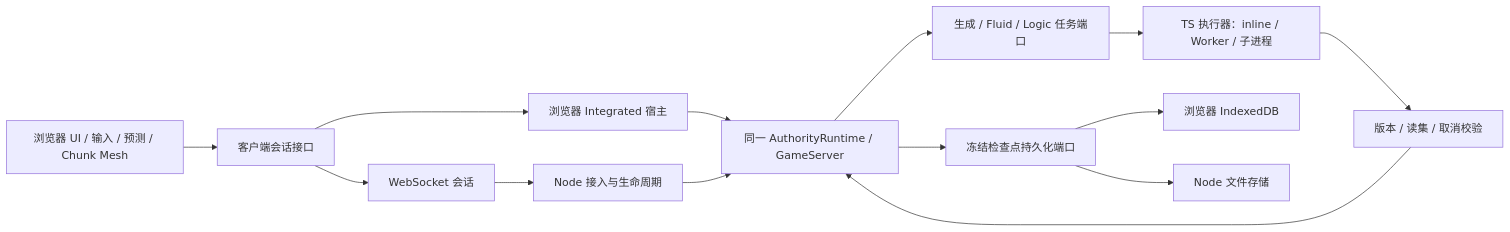
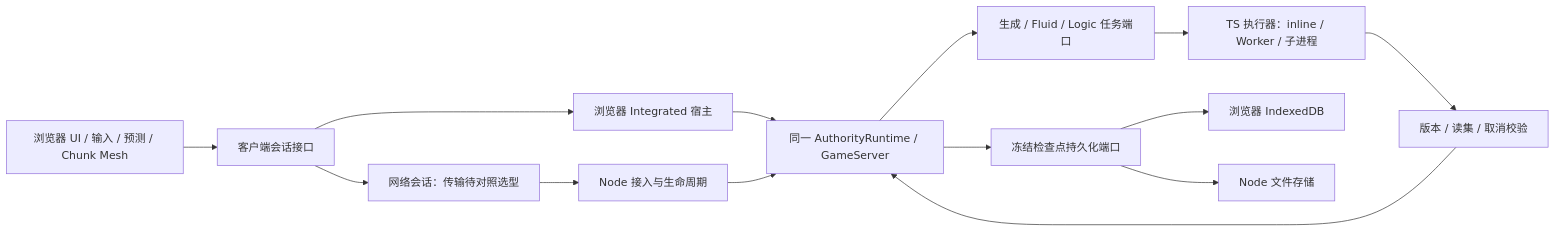
The diagram in changes/2026-09-06-node-dedicated-server/spec.md (seedlands-game/seedlands-web-sandbox), drawn with Mermaid before and after one commit. The commit also changed other lines of this file and 5 other files, not shown here.

````diff
--- a/changes/2026-09-06-node-dedicated-server/spec.md
+++ b/changes/2026-09-06-node-dedicated-server/spec.md
@@ -60,16 +60,16 @@
 ```mermaid
 flowchart LR
   UI[浏览器 UI / 输入 / 预测 / Chunk Mesh] --> Port[客户端会话接口]
   Port --> Local[浏览器 Integrated 宿主]
-  Port --> WS[WebSocket 会话]
+  Port --> WS[网络会话：传输待对照选型]
   WS --> Node[Node 接入与生命周期]
   Local --> A[同一 AuthorityRuntime / GameServer]
   Node --> A
   A --> Jobs[生成 / Fluid / Logic 任务端口]
   Jobs --> Ex[TS 执行器：inline / Worker / 子进程]
   Ex --> Validate[版本 / 读集 / 取消校验]
   Validate --> A
   A --> Save[冻结检查点持久化端口]
   Save --> IDB[浏览器 IndexedDB]
   Save --> Disk[Node 文件存储]
 ```
````
